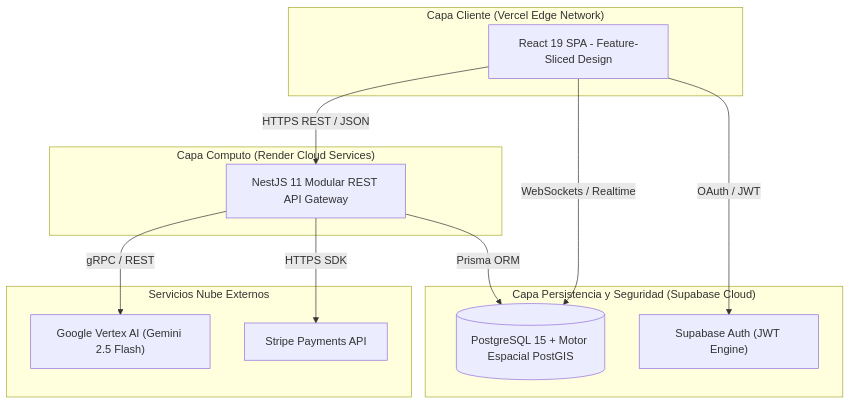
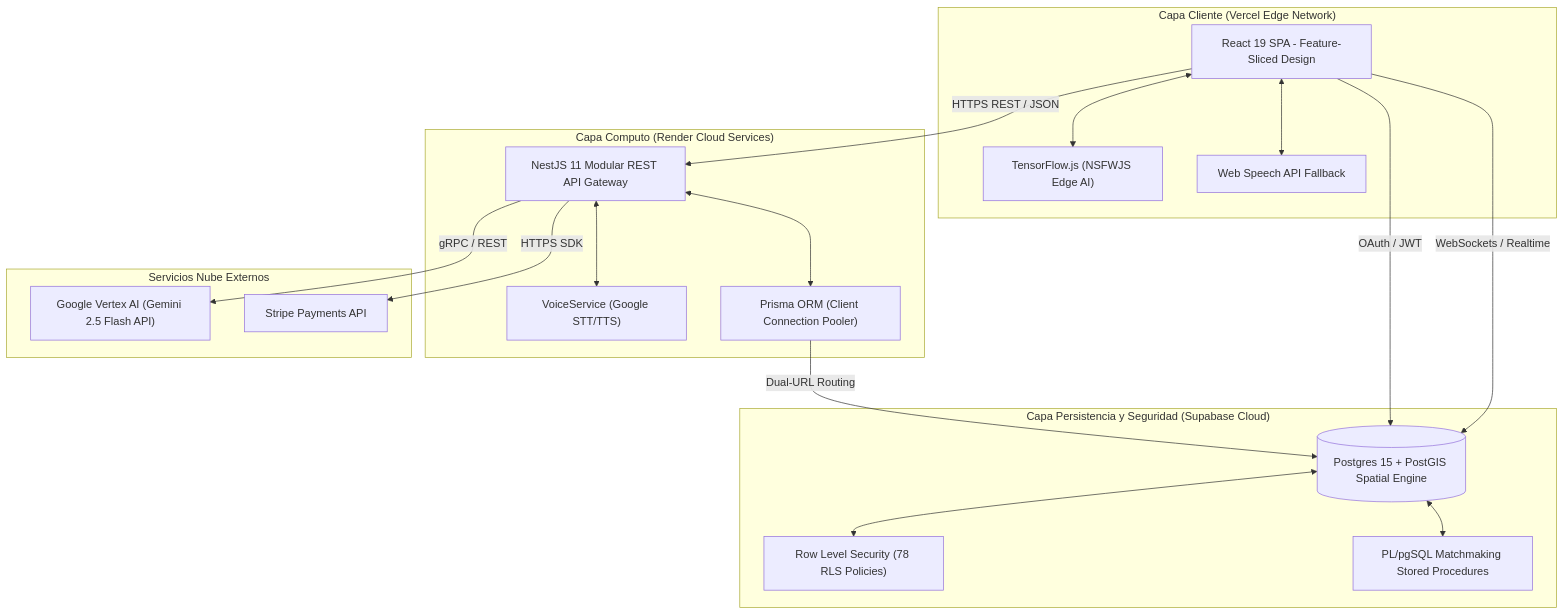
One commit to jojiz29/sportmatch-connect changed the second of 2 diagrams in ENTREGABLE/2. Paper Edwin/1_PAPER_CIENTIFICO_IEEE_ES.md. Above: the diagram before and after it, drawn with Mermaid. The commit also changed other lines of this file and 21 other files, not shown here.

````diff
--- a/ENTREGABLE/2. Paper Edwin/1_PAPER_CIENTIFICO_IEEE_ES.md
+++ b/ENTREGABLE/2. Paper Edwin/1_PAPER_CIENTIFICO_IEEE_ES.md
@@ -73,23 +92,34 @@
 ```mermaid
 graph TB
     subgraph "Capa Cliente (Vercel Edge Network)"
         SPA["React 19 SPA - Feature-Sliced Design"]
+        NSFW["TensorFlow.js (NSFWJS Edge AI)"]
+        SpeechFront["Web Speech API Fallback"]
+        SPA <--> NSFW
+        SPA <--> SpeechFront
     end
     subgraph "Capa Computo (Render Cloud Services)"
         API["NestJS 11 Modular REST API Gateway"]
+        Voice["VoiceService (Google STT/TTS)"]
+        Prisma["Prisma ORM (Client Connection Pooler)"]
+        API <--> Voice
+        API <--> Prisma
     end
     subgraph "Capa Persistencia y Seguridad (Supabase Cloud)"
-        DB[("PostgreSQL 15 + Motor Espacial PostGIS")]
-        AUTH["Supabase Auth (JWT Engine)"]
+        DB[("Postgres 15 + PostGIS Spatial Engine")]
+        RLS["Row Level Security (78 RLS Policies)"]
+        RPC["PL/pgSQL Matchmaking Stored Procedures"]
+        DB <--> RLS
+        DB <--> RPC
     end
     subgraph "Servicios Nube Externos"
-        AI["Google Vertex AI (Gemini 2.5 Flash)"]
+        AI["Google Vertex AI (Gemini 2.5 Flash API)"]
         PAY["Stripe Payments API"]
     end
     SPA -->|HTTPS REST / JSON| API
     SPA -->|WebSockets / Realtime| DB
-    SPA -->|OAuth / JWT| AUTH
-    API -->|Prisma ORM| DB
+    SPA -->|OAuth / JWT| DB
     API -->|gRPC / REST| AI
     API -->|HTTPS SDK| PAY
+    Prisma -->|Dual-URL Routing| DB
 ```
````
